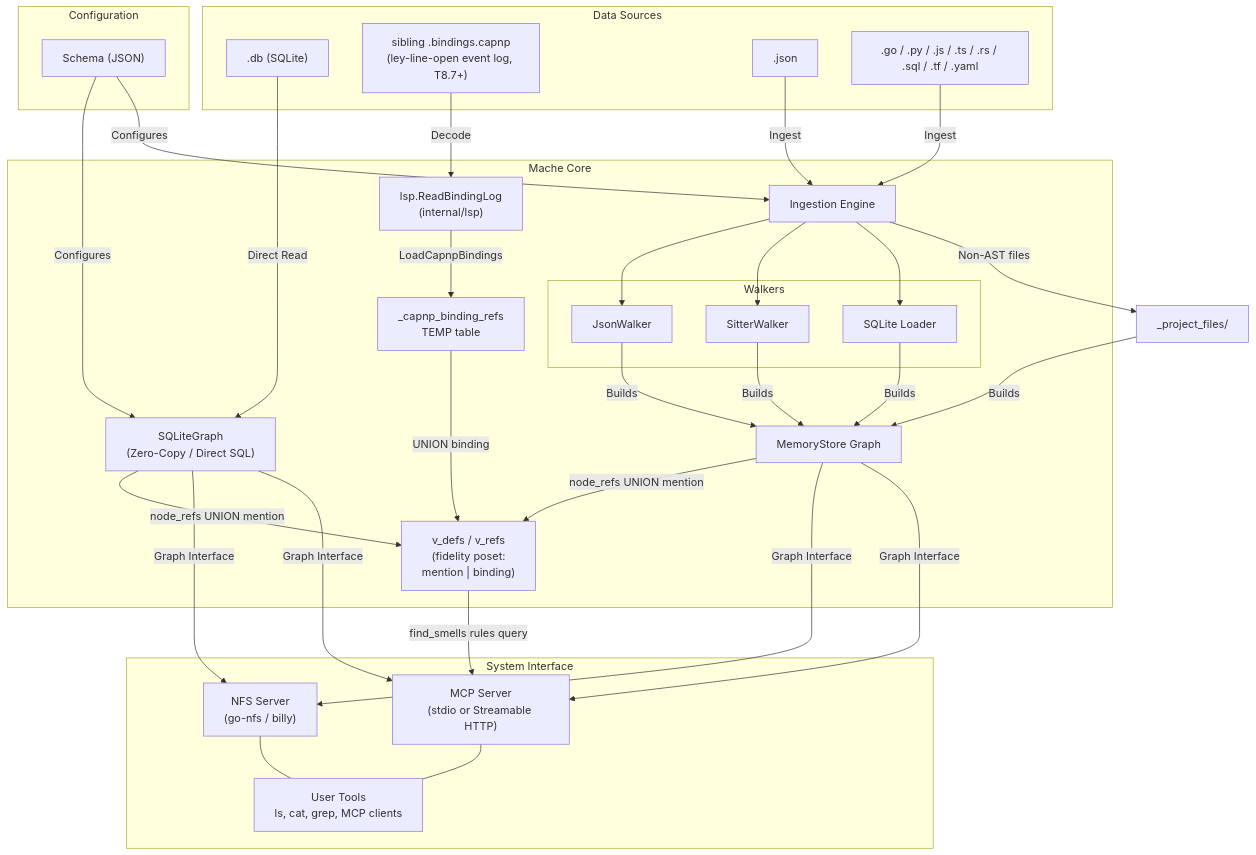
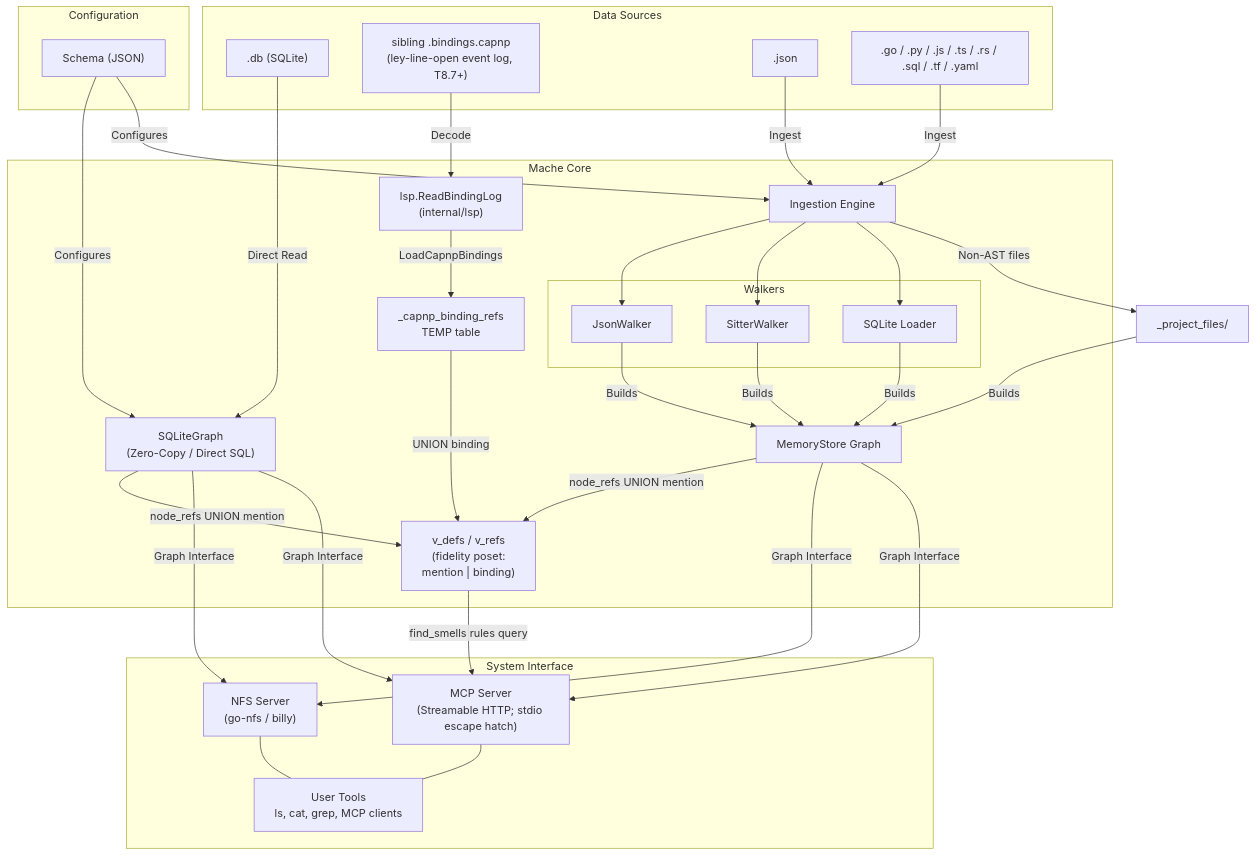
The first of 2 diagrams in docs/ARCHITECTURE.md (agentic-research/mache), drawn with Mermaid before and after one commit. The commit also changed other lines of this file and 12 other files, not shown here.

First line of the commit message:
[mache-609f70] feat(mcp)!: HTTP canonical transport, init registers HTTP + keepalive daemon, demote stdio

````diff
--- a/docs/ARCHITECTURE.md
+++ b/docs/ARCHITECTURE.md
@@ -28,68 +28,68 @@
 ```mermaid
 graph TD
     subgraph Configuration
         Schema["Schema (JSON)"]
     end
 
     subgraph "Data Sources"
         SQLiteFile[".db (SQLite)"]
         BindingLog["sibling .bindings.capnp<br/>(ley-line-open event log, T8.7+)"]
         FlatFile[".json"]
         SourceCode[".go / .py / .js / .ts / .rs / .sql / .tf / .yaml"]
     end
 
     subgraph "Mache Core"
         SQLiteGraph["SQLiteGraph<br/>(Zero-Copy / Direct SQL)"]
         Engine[Ingestion Engine]
 
         subgraph "Walkers"
             JW[JsonWalker]
             SW[SitterWalker]
             SL[SQLite Loader]
         end
 
         MemoryStore["MemoryStore Graph"]
 
         BindingReader["lsp.ReadBindingLog<br/>(internal/lsp)"]
         CapnpTemp["_capnp_binding_refs<br/>TEMP table"]
         CanonView["v_defs / v_refs<br/>(fidelity poset:<br/>mention | binding)"]
     end
 
     subgraph "System Interface"
         NFS["NFS Server<br/>(go-nfs / billy)"]
-        MCP["MCP Server<br/>(stdio or Streamable HTTP)"]
+        MCP["MCP Server<br/>(Streamable HTTP; stdio escape hatch)"]
         Tools["User Tools<br/>ls, cat, grep, MCP clients"]
     end
 
     Schema -->|Configures| SQLiteGraph
     Schema -->|Configures| Engine
 
     SQLiteFile -->|Direct Read| SQLiteGraph
     FlatFile -->|Ingest| Engine
     SourceCode -->|Ingest| Engine
 
     Engine --> JW
     Engine --> SW
     Engine --> SL
 
     JW -->|Builds| MemoryStore
     SW -->|Builds| MemoryStore
     SL -->|Builds| MemoryStore
     Engine -->|"Non-AST files"| ProjectFiles["_project_files/"]
     ProjectFiles -->|Builds| MemoryStore
 
     BindingLog -->|Decode| BindingReader
     BindingReader -->|LoadCapnpBindings| CapnpTemp
     CapnpTemp -->|UNION binding| CanonView
     SQLiteGraph -->|node_refs UNION mention| CanonView
     MemoryStore -->|node_refs UNION mention| CanonView
 
     SQLiteGraph -->|Graph Interface| NFS
     MemoryStore -->|Graph Interface| NFS
     SQLiteGraph -->|Graph Interface| MCP
     MemoryStore -->|Graph Interface| MCP
     CanonView -->|find_smells rules query| MCP
 
     NFS --- Tools
     MCP --- Tools
 ```
````
